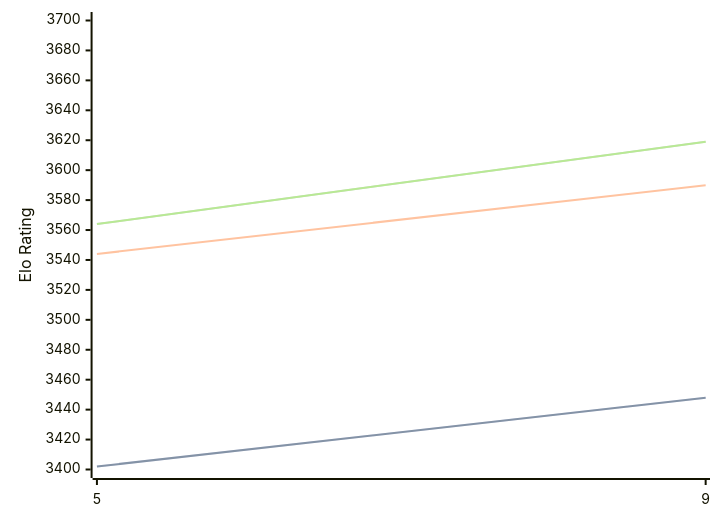
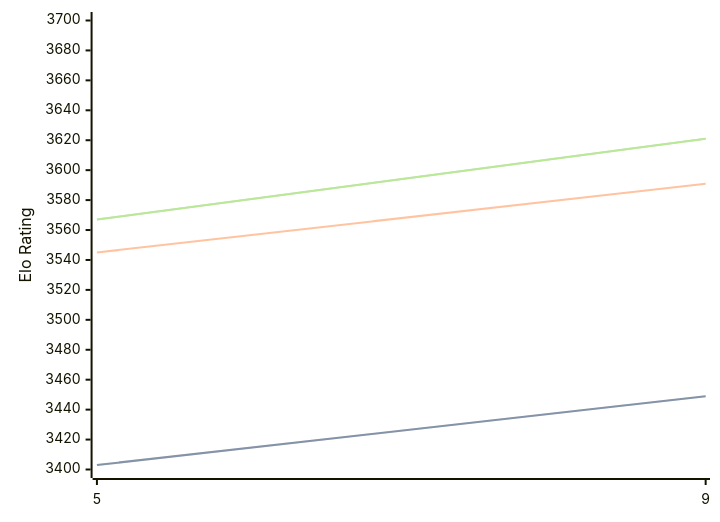
Before and after one commit to computer-chess-index/cci: the diagram in engines/Crystal.md, drawn with Mermaid. The commit also changed other lines of this file, not shown here.

Commit message:
Update CCI Ratings (ELO VLTC) - 2026-03-29

````diff
--- a/engines/Crystal.md
+++ b/engines/Crystal.md
@@ -60,11 +60,11 @@
 ```mermaid
 %%{init: {"theme":"base","themeVariables":{"seriesColors:['#a3a3a3','#222221','#faa371']}}}%%
 xychart-beta
   x-axis ["5", "9"]
   y-axis "Elo Rating" 3400 --> 3700
-  line "STC (8.0+0.08s)" [3402, 3448]
-  line "STC (8.0+0.08s)" [3402, 3448]
-  line "LTC (60.0+0.60s)" [3544, 3590]
-  line "VLTC (2m24s+1.12s)" [3564, 3619]
-  line "VLTC (2m24s+1.12s)" [3564, 3619]
+  line "STC (8.0+0.08s)" [3403, 3449]
+  line "STC (8.0+0.08s)" [3403, 3449]
+  line "LTC (60.0+0.60s)" [3545, 3591]
+  line "VLTC (2m24s+1.12s)" [3567, 3621]
+  line "VLTC (2m24s+1.12s)" [3567, 3621]
 ```
````
